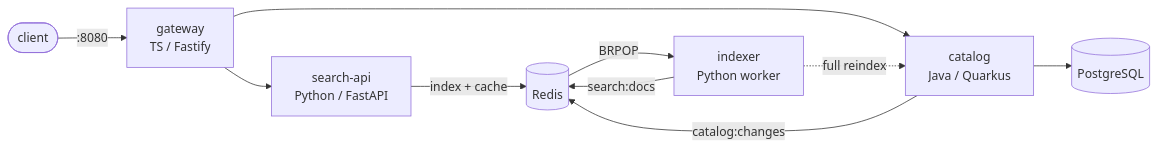
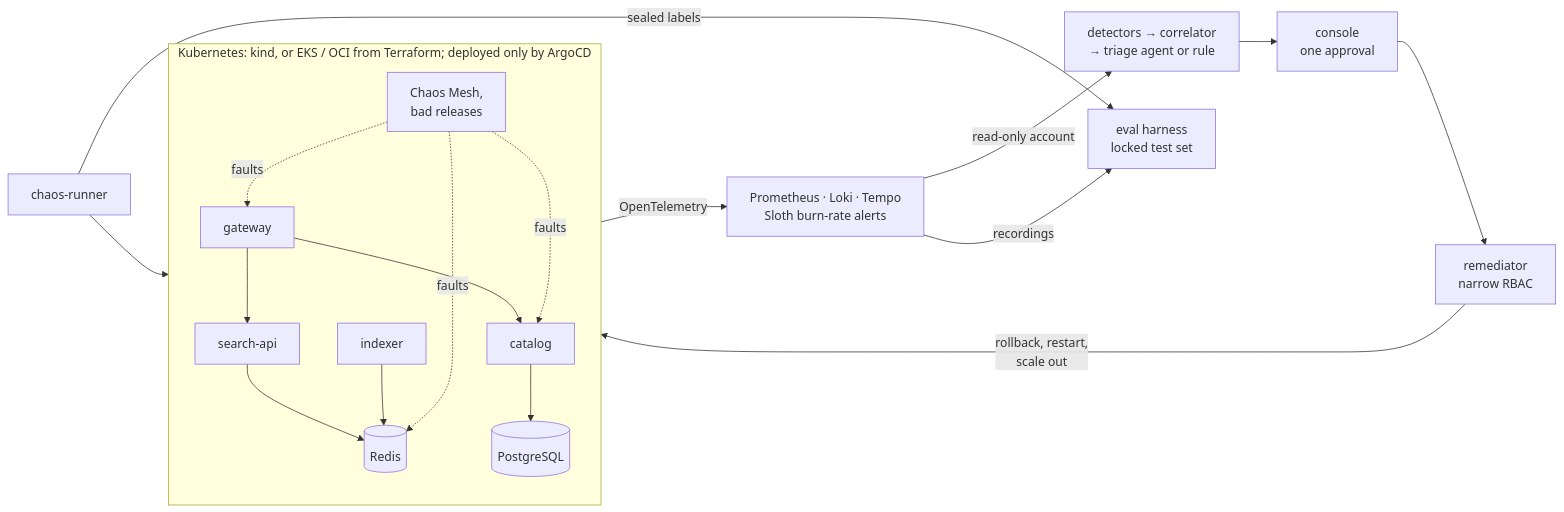
The diagram in README.md (bachcodingg/AIOps-Incident-Triage-Platform), drawn with Mermaid before and after one commit. The commit also changed other lines of this file and 6 other files, not shown here.

````diff
--- a/README.md
+++ b/README.md
@@ -27,12 +41,18 @@
 ```mermaid
 flowchart LR
-  user([client]) -->|:8080| gw[gateway<br/>TS / Fastify]
-  gw --> sa[search-api<br/>Python / FastAPI]
-  gw --> cat[catalog<br/>Java / Quarkus]
-  sa -->|index + cache| redis[(Redis)]
-  cat --> pg[(PostgreSQL)]
-  cat -->|catalog:changes| redis
-  redis -->|BRPOP| idx[indexer<br/>Python worker]
-  idx -->|search:docs| redis
-  idx -.->|full reindex| cat
+  subgraph cluster["Kubernetes: kind, or EKS / OCI from Terraform; deployed only by ArgoCD"]
+    direction TB
+    gw[gateway] --> sa[search-api] & cat[catalog]
+    sa --> redis[(Redis)]
+    cat --> pg[(PostgreSQL)]
+    idx[indexer] --> redis
+    chaos[Chaos Mesh,<br/>bad releases] -.->|faults| gw & cat & redis
+  end
+  cluster -->|OpenTelemetry| obs[Prometheus · Loki · Tempo<br/>Sloth burn-rate alerts]
+  obs -->|read-only account| loop[detectors → correlator<br/>→ triage agent or rule]
+  loop --> console[console<br/>one approval]
+  console --> rem[remediator<br/>narrow RBAC] -->|rollback, restart,<br/>scale out| cluster
+  runner[chaos-runner] --> chaos
+  runner -->|sealed labels| eval[eval harness<br/>locked test set]
+  obs -->|recordings| eval
 ```
````
